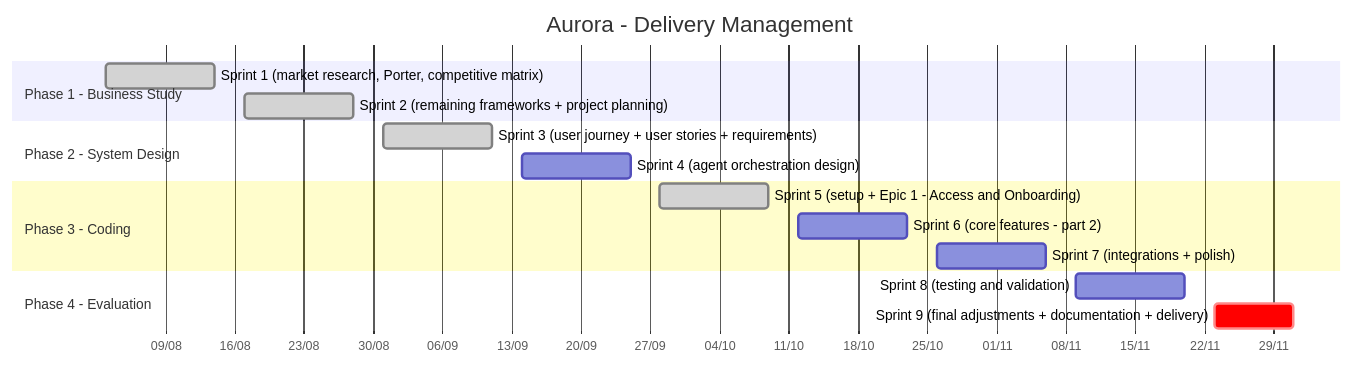
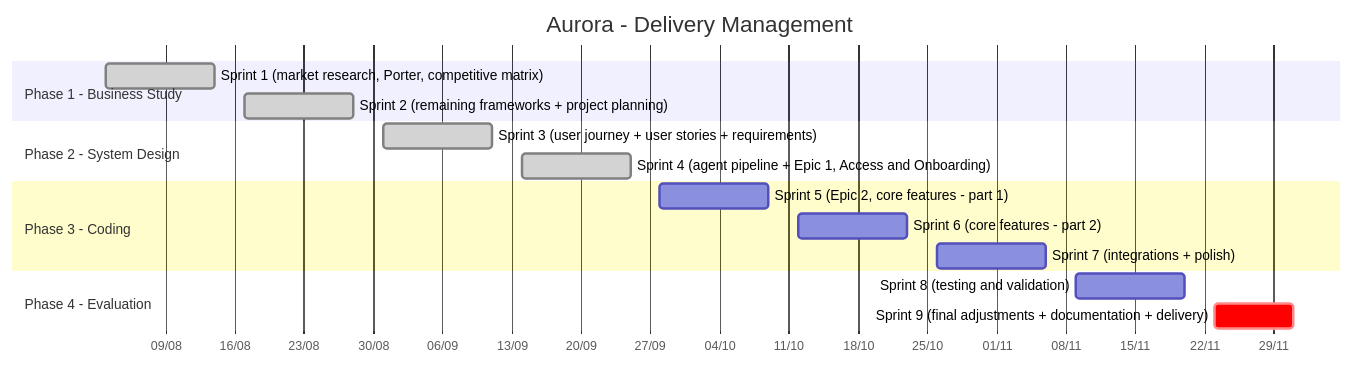
One commit to kaianes/Aurora changed the diagram in README.md. Above: the diagram before and after it, drawn with Mermaid. The commit also changed other lines of this file and 2 other files, not shown here.

First line of the commit message:
fix: correct sprint labeling from Sprint 5 to Sprint 4

````diff
--- a/README.md
+++ b/README.md
@@ -38,23 +37,23 @@
 ```mermaid
 gantt
     title Aurora - Delivery Management
     dateFormat  YYYY-MM-DD
     axisFormat  %d/%m
 
     section Phase 1 - Business Study
     Sprint 1 (market research, Porter, competitive matrix)       :done, s1, 2026-08-03, 2026-08-14
     Sprint 2 (remaining frameworks + project planning)           :done, s2, 2026-08-17, 2026-08-28
 
     section Phase 2 - System Design
     Sprint 3 (user journey + user stories + requirements)        :done, s3, 2026-08-31, 2026-09-11
-    Sprint 4 (agent orchestration design)                        :s4, 2026-09-14, 2026-09-25
+    Sprint 4 (agent pipeline + Epic 1, Access and Onboarding)     :done, s4, 2026-09-14, 2026-09-25
 
     section Phase 3 - Coding
-    Sprint 5 (setup + Epic 1 - Access and Onboarding)             :done, s5, 2026-09-28, 2026-10-09
+    Sprint 5 (Epic 2, core features - part 1)                     :s5, 2026-09-28, 2026-10-09
     Sprint 6 (core features - part 2)                            :s6, 2026-10-12, 2026-10-23
     Sprint 7 (integrations + polish)                             :s7, 2026-10-26, 2026-11-06
 
     section Phase 4 - Evaluation
     Sprint 8 (testing and validation)                            :s8, 2026-11-09, 2026-11-20
     Sprint 9 (final adjustments + documentation + delivery)      :crit, s9, 2026-11-23, 2026-12-01
 ```
````
